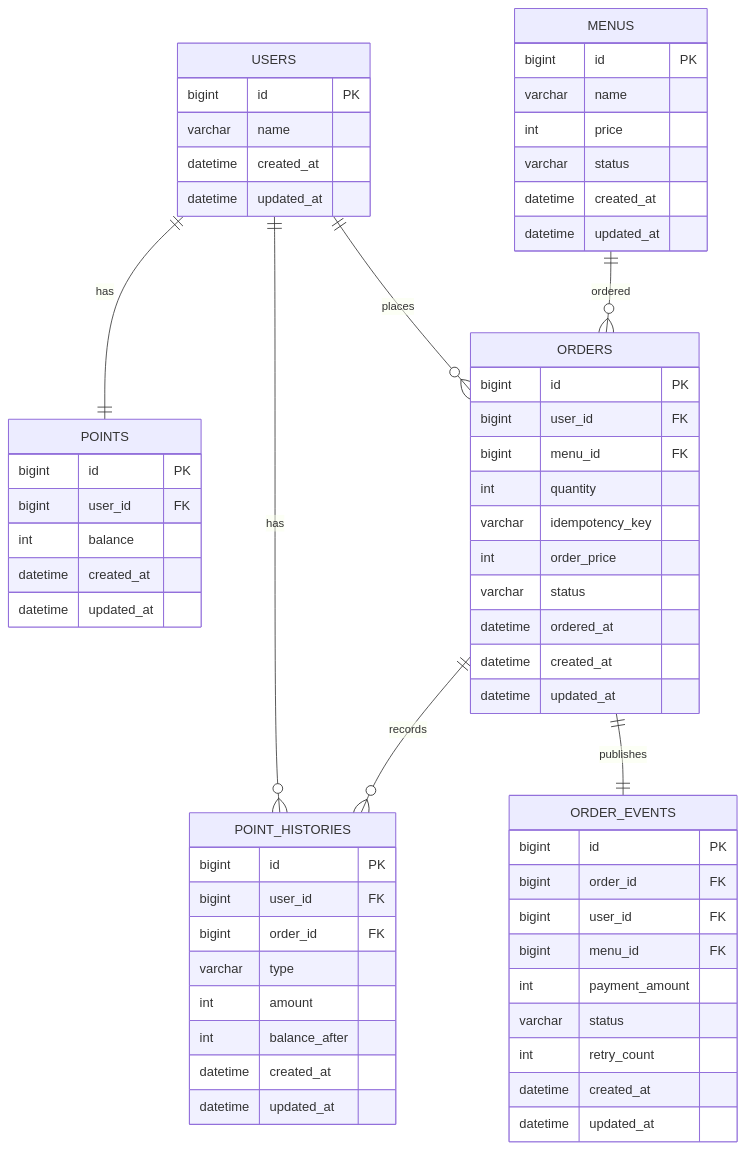
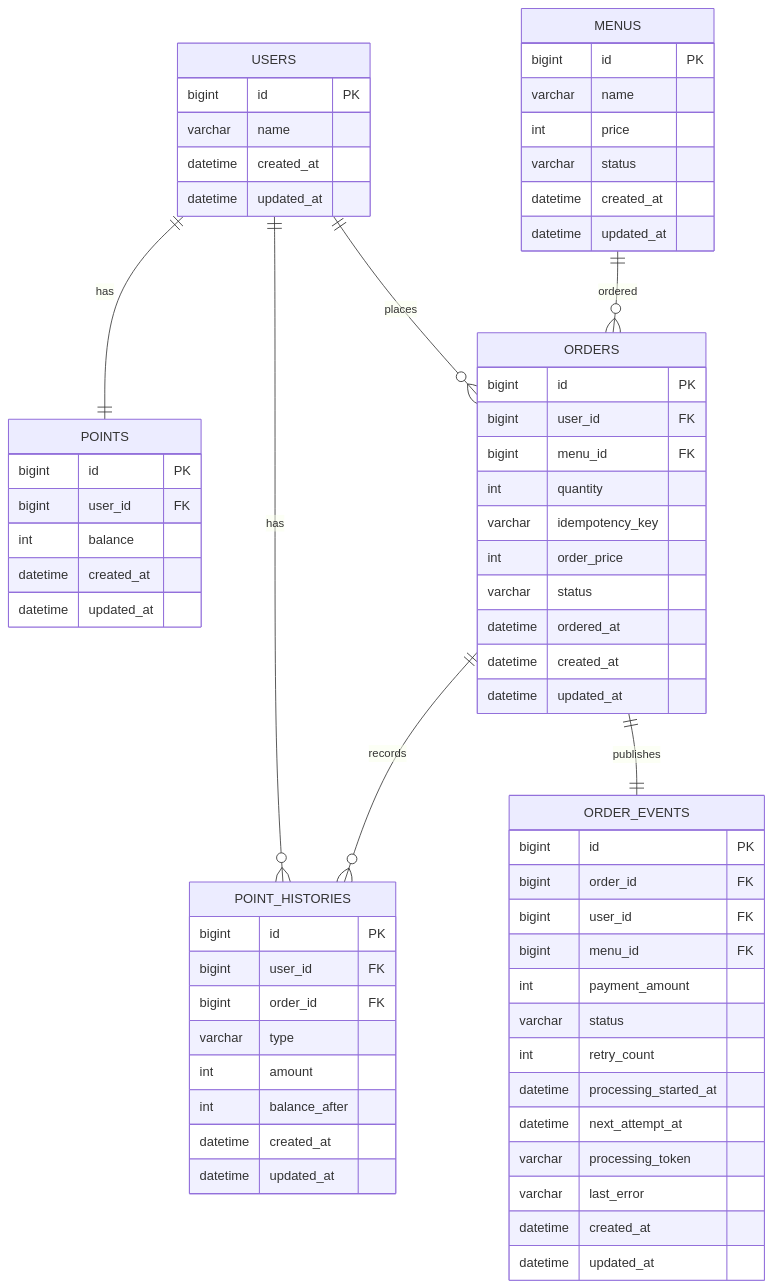
One commit to WookJaes/coffee-order-system changed the diagram in docs/db/erd.md. Above: the diagram before and after it, drawn with Mermaid. The commit also changed other lines of this file and 6 other files, not shown here.

````diff
--- a/docs/db/erd.md
+++ b/docs/db/erd.md
@@ -3,69 +3,73 @@
 ```mermaid
 erDiagram
     USERS ||--|| POINTS : has
     USERS ||--o{ POINT_HISTORIES : has
     USERS ||--o{ ORDERS : places
     MENUS ||--o{ ORDERS : ordered
     ORDERS ||--o{ POINT_HISTORIES : records
     ORDERS ||--|| ORDER_EVENTS : publishes
 
     USERS {
         bigint id PK
         varchar name
         datetime created_at
         datetime updated_at
     }
 
     MENUS {
         bigint id PK
         varchar name
         int price
         varchar status
         datetime created_at
         datetime updated_at
     }
 
     POINTS {
         bigint id PK
         bigint user_id FK
         int balance
         datetime created_at
         datetime updated_at
     }
 
     POINT_HISTORIES {
         bigint id PK
         bigint user_id FK
         bigint order_id FK
         varchar type
         int amount
         int balance_after
         datetime created_at
         datetime updated_at
     }
 
     ORDERS {
         bigint id PK
         bigint user_id FK
         bigint menu_id FK
         int quantity
         varchar idempotency_key
         int order_price
         varchar status
         datetime ordered_at
         datetime created_at
         datetime updated_at
     }
 
     ORDER_EVENTS {
         bigint id PK
         bigint order_id FK
         bigint user_id FK
         bigint menu_id FK
         int payment_amount
         varchar status
         int retry_count
+        datetime processing_started_at
+        datetime next_attempt_at
+        varchar processing_token
+        varchar last_error
         datetime created_at
         datetime updated_at
     }
 ```
````
